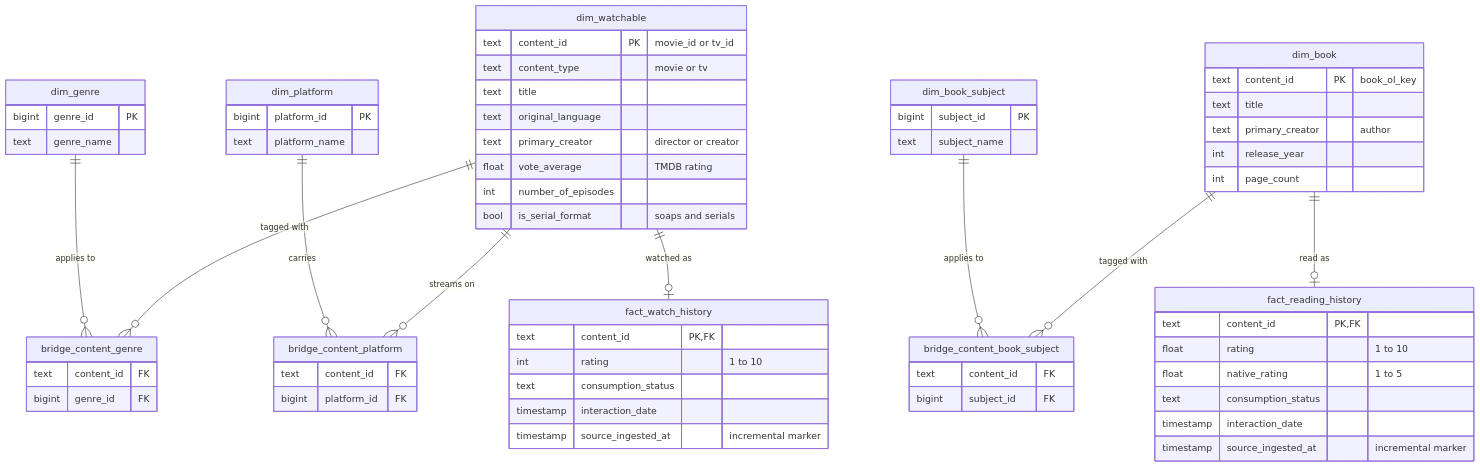
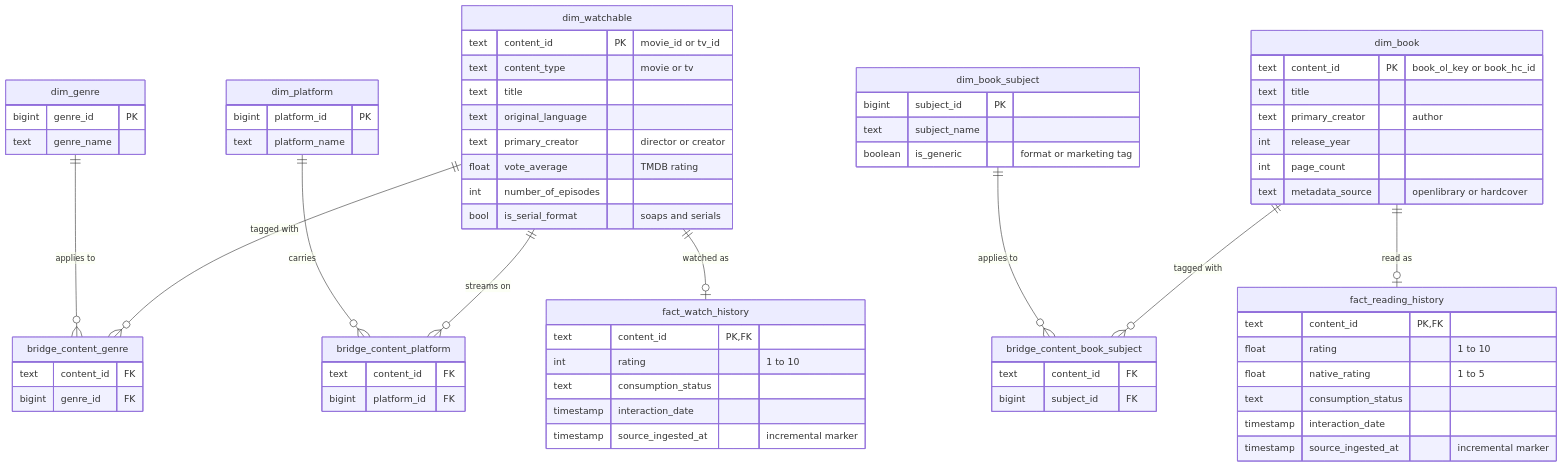
Before and after one commit to surbhi-bhor/content-intelligence: the first of 2 diagrams in docs/architecture.md, drawn with Mermaid. The commit also changed other lines of this file and 23 other files, not shown here.

````diff
--- a/docs/architecture.md
+++ b/docs/architecture.md
@@ -155,68 +158,70 @@
 ```mermaid
 erDiagram
     dim_watchable ||--o{ bridge_content_genre : "tagged with"
     dim_genre ||--o{ bridge_content_genre : "applies to"
     dim_watchable ||--o{ bridge_content_platform : "streams on"
     dim_platform ||--o{ bridge_content_platform : "carries"
     dim_watchable ||--o| fact_watch_history : "watched as"
     dim_book ||--o{ bridge_content_book_subject : "tagged with"
     dim_book_subject ||--o{ bridge_content_book_subject : "applies to"
     dim_book ||--o| fact_reading_history : "read as"
 
     dim_watchable {
         text content_id PK "movie_id or tv_id"
         text content_type "movie or tv"
         text title
         text original_language
         text primary_creator "director or creator"
         float vote_average "TMDB rating"
         int number_of_episodes
         bool is_serial_format "soaps and serials"
     }
     dim_genre {
         bigint genre_id PK
         text genre_name
     }
     dim_platform {
         bigint platform_id PK
         text platform_name
     }
     bridge_content_genre {
         text content_id FK
         bigint genre_id FK
     }
     bridge_content_platform {
         text content_id FK
         bigint platform_id FK
     }
     fact_watch_history {
         text content_id PK, FK
         int rating "1 to 10"
         text consumption_status
         timestamp interaction_date
         timestamp source_ingested_at "incremental marker"
     }
     dim_book {
-        text content_id PK "book_ol_key"
+        text content_id PK "book_ol_key or book_hc_id"
         text title
         text primary_creator "author"
         int release_year
         int page_count
+        text metadata_source "openlibrary or hardcover"
     }
     dim_book_subject {
         bigint subject_id PK
         text subject_name
+        boolean is_generic "format or marketing tag"
     }
     bridge_content_book_subject {
         text content_id FK
         bigint subject_id FK
     }
     fact_reading_history {
         text content_id PK, FK
         float rating "1 to 10"
         float native_rating "1 to 5"
         text consumption_status
         timestamp interaction_date
         timestamp source_ingested_at "incremental marker"
     }
 ```
````
